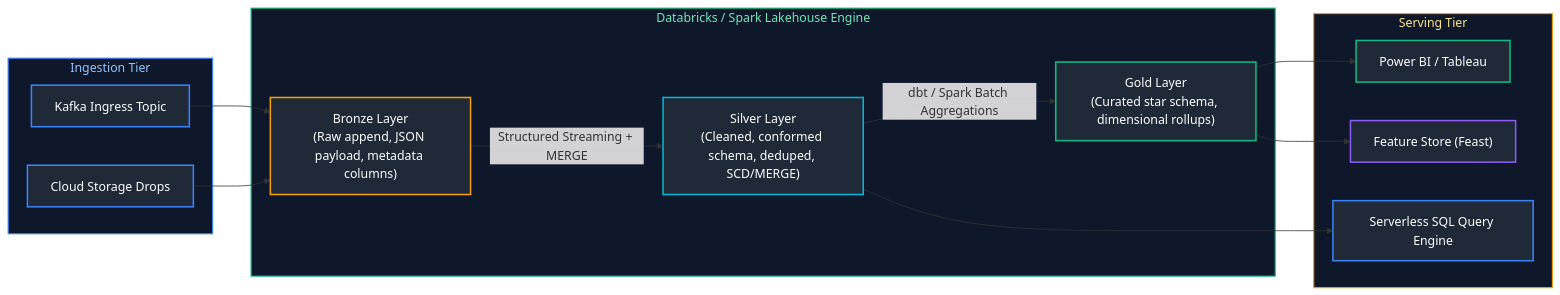
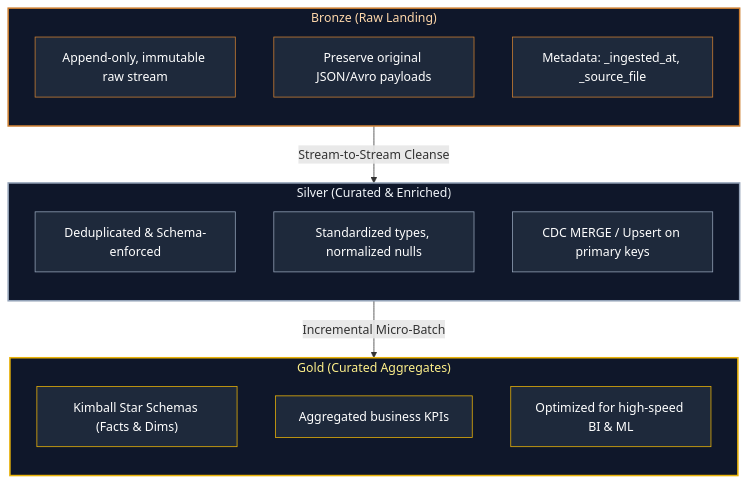
The fifth of 12 diagrams in Data Engineering/15_system_design_for_data_engineering.md (joydeep-biswas/Interview-Preparation), drawn with Mermaid before and after one commit. The commit also changed other lines of this file and 143 other files, not shown here.

````diff
--- a/Data Engineering/15_system_design_for_data_engineering.md
+++ b/Data Engineering/15_system_design_for_data_engineering.md
@@ -236,36 +253,39 @@
 ```mermaid
-flowchart LR
-    subgraph Ingestion ["Ingestion Tier"]
-        KafkaTopic[Kafka Ingress Topic]
-        BlobStore[Cloud Storage Drops]
+flowchart TD
+    subgraph BronzeTier ["Bronze (Raw Landing)"]
+        direction TD
+        B1["Append-only, immutable raw stream"]
+        B2["Preserve original JSON/Avro payloads"]
+        B3["Metadata: _ingested_at, _source_file"]
     end
 
-    subgraph MedallionLakehouse ["Databricks / Spark Lakehouse Engine"]
-        Bronze["Bronze Layer<br/>(Raw append, JSON payload, metadata columns)"]
-        Silver["Silver Layer<br/>(Cleaned, conformed schema, deduped, SCD/MERGE)"]
-        Gold["Gold Layer<br/>(Curated star schema, dimensional rollups)"]
-
-        KafkaTopic --> Bronze
-        BlobStore --> Bronze
-        Bronze -->|"Structured Streaming + MERGE"| Silver
-        Silver -->|"dbt / Spark Batch Aggregations"| Gold
+    subgraph SilverTier ["Silver (Curated & Enriched)"]
+        direction TD
+        S1["Deduplicated & Schema-enforced"]
+        S2["Standardized types, normalized nulls"]
+        S3["CDC MERGE / Upsert on primary keys"]
     end
 
-    subgraph Consumption ["Serving Tier"]
-        Gold --> BI["Power BI / Tableau"]
-        Gold --> ML["Feature Store (Feast)"]
-        Silver --> SQLDW["Serverless SQL Query Engine"]
+    subgraph GoldTier ["Gold (Curated Aggregates)"]
+        direction TD
+        G1["Kimball Star Schemas (Facts & Dims)"]
+        G2["Aggregated business KPIs"]
+        G3["Optimized for high-speed BI & ML"]
     end
 
-    style Ingestion fill:#0f172a,stroke:#3b82f6,stroke-width:1.5px,color:#93c5fd
-    style MedallionLakehouse fill:#0f172a,stroke:#10b981,stroke-width:1.5px,color:#6ee7b7
-    style Consumption fill:#0f172a,stroke:#f59e0b,stroke-width:1.5px,color:#fde68a
-    style KafkaTopic fill:#1f2937,stroke:#3b82f6,stroke-width:2px,color:#fff
-    style BlobStore fill:#1f2937,stroke:#3b82f6,stroke-width:2px,color:#fff
-    style Bronze fill:#1f2937,stroke:#f59e0b,stroke-width:2px,color:#fff
-    style Silver fill:#1f2937,stroke:#06b6d4,stroke-width:2px,color:#fff
-    style Gold fill:#1f2937,stroke:#10b981,stroke-width:2px,color:#fff
-    style BI fill:#1f2937,stroke:#10b981,stroke-width:2px,color:#fff
-    style ML fill:#1f2937,stroke:#8b5cf6,stroke-width:2px,color:#fff
-    style SQLDW fill:#1f2937,stroke:#3b82f6,stroke-width:2px,color:#fff
+    BronzeTier -->|"Stream-to-Stream Cleanse"| SilverTier
+    SilverTier -->|"Incremental Micro-Batch"| GoldTier
+
+    style BronzeTier fill:#0f172a,stroke:#cd7f32,stroke-width:2px,color:#fed7aa
+    style SilverTier fill:#0f172a,stroke:#94a3b8,stroke-width:2px,color:#f1f5f9
+    style GoldTier fill:#0f172a,stroke:#eab308,stroke-width:2px,color:#fef08a
+    style B1 fill:#1e293b,stroke:#cd7f32,stroke-width:1px,color:#fff
+    style B2 fill:#1e293b,stroke:#cd7f32,stroke-width:1px,color:#fff
+    style B3 fill:#1e293b,stroke:#cd7f32,stroke-width:1px,color:#fff
+    style S1 fill:#1e293b,stroke:#94a3b8,stroke-width:1px,color:#fff
+    style S2 fill:#1e293b,stroke:#94a3b8,stroke-width:1px,color:#fff
+    style S3 fill:#1e293b,stroke:#94a3b8,stroke-width:1px,color:#fff
+    style G1 fill:#1e293b,stroke:#eab308,stroke-width:1px,color:#fff
+    style G2 fill:#1e293b,stroke:#eab308,stroke-width:1px,color:#fff
+    style G3 fill:#1e293b,stroke:#eab308,stroke-width:1px,color:#fff
 ```
````
